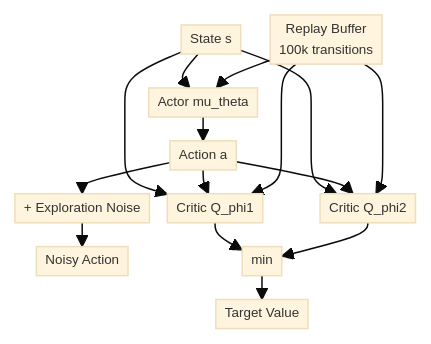
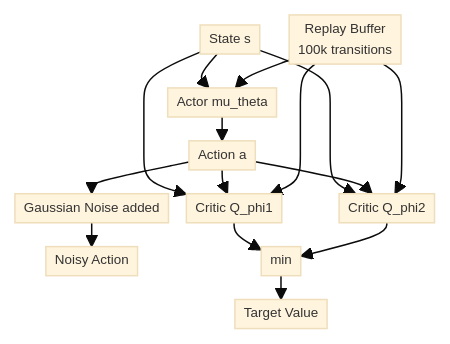
One commit to kwojdalski/masters_thesis changed the fourth of 5 diagrams in thesis/qmd/src/99-appendix.qmd. Above: the diagram before and after it, drawn with Mermaid. The commit also changed other lines of this file, not shown here.

First line of the commit message:
Resize all three new diagrams: taxonomy +40%, architecture wider, pipeline smaller

````diff
--- a/thesis/qmd/src/99-appendix.qmd
+++ b/thesis/qmd/src/99-appendix.qmd
@@ -315,21 +315,21 @@
 ```{mermaid}
 %%| fig-align: center
-%%| fig-width: 3.5
+%%| fig-width: 5
 %%| fig-height: 3.5
 %%{init: {'theme': 'base', 'themeVariables': {'fontSize': '9px'}, 'flowchart': {'nodeSpacing': 12, 'rankSpacing': 16, 'padding': 3, 'useMaxWidth': true}}}%%
 graph TD
     S[State s] --> A1[Actor mu_theta]
     A1 --> A2[Action a]
-    A2 --> N1[+ Exploration Noise]
+    A2 --> N1[Gaussian Noise added]
     N1 --> A3[Noisy Action]
     S --> C1[Critic Q_phi1]
     S --> C2[Critic Q_phi2]
     A2 --> C1
     A2 --> C2
     C1 --> MIN[min]
     C2 --> MIN
     MIN --> T1[Target Value]
     RB[Replay Buffer<br/>100k transitions] --> C1
     RB --> C2
     RB --> A1
 ```
````
